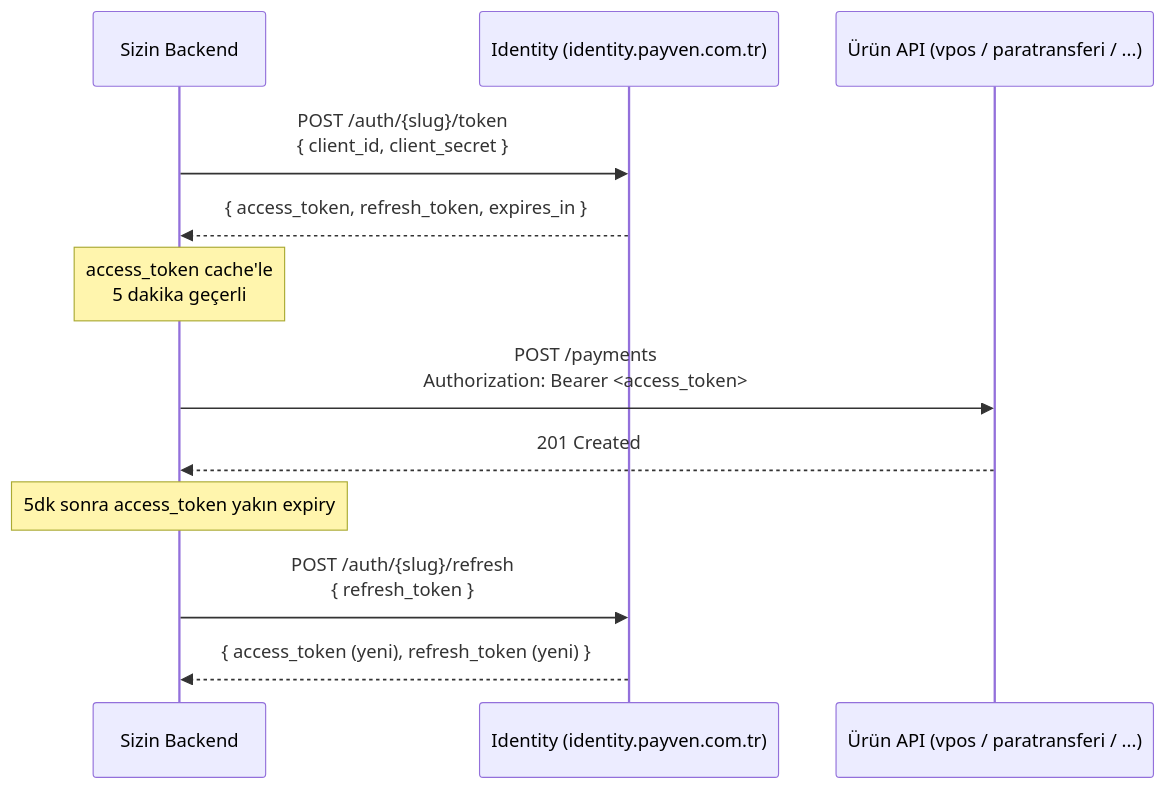
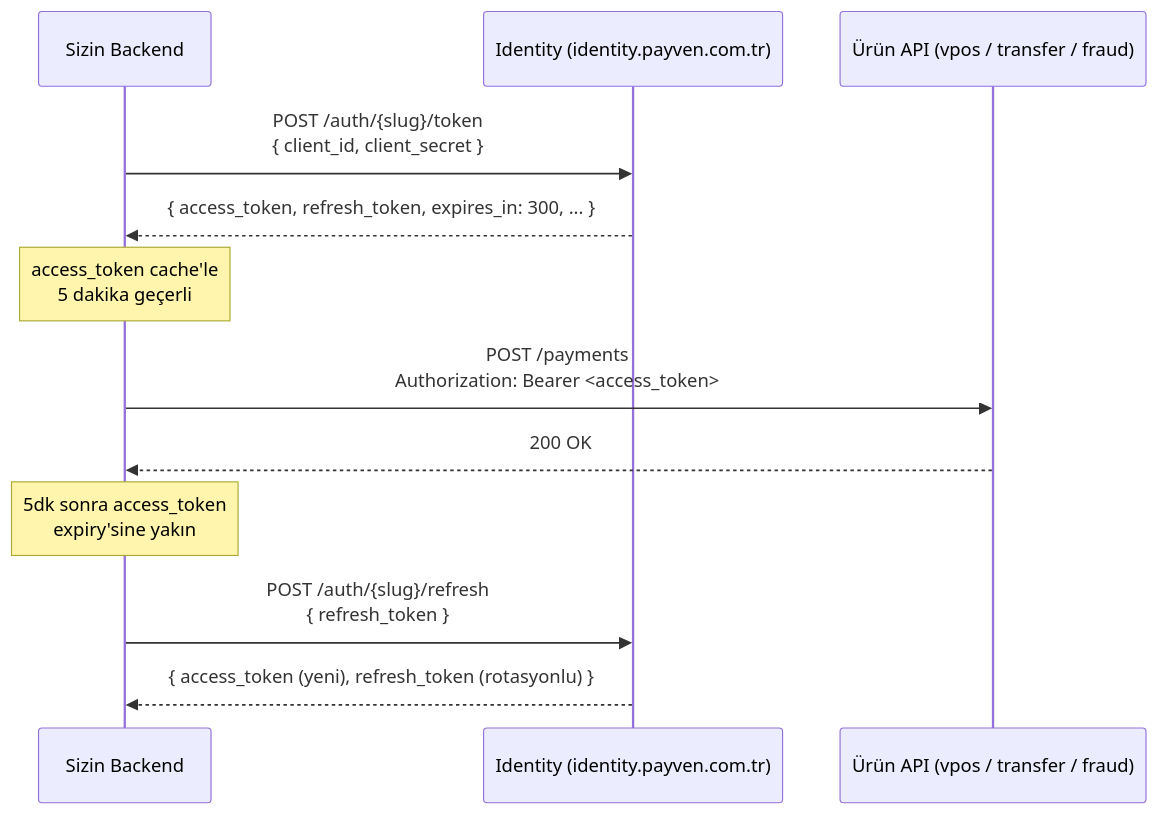
One commit to payment-pos/mintlify changed the diagram in documentation/concepts/authentication.mdx. Above: the diagram before and after it, drawn with Mermaid. The commit also changed other lines of this file and 45 other files, not shown here.

````diff
--- a/documentation/concepts/authentication.mdx
+++ b/documentation/concepts/authentication.mdx
@@ -17,17 +18,17 @@
 ```mermaid
 sequenceDiagram
     participant App as Sizin Backend
     participant Id as Identity (identity.payven.com.tr)
-    participant API as Ürün API (vpos / paratransferi / ...)
+    participant API as Ürün API (vpos / transfer / fraud)
 
     App->>Id: POST /auth/{slug}/token<br/>{ client_id, client_secret }
-    Id-->>App: { access_token, refresh_token, expires_in }
+    Id-->>App: { access_token, refresh_token, expires_in: 300, ... }
     Note over App: access_token cache'le<br/>5 dakika geçerli
 
     App->>API: POST /payments<br/>Authorization: Bearer <access_token>
-    API-->>App: 201 Created
+    API-->>App: 200 OK
 
-    Note over App: 5dk sonra access_token yakın expiry
+    Note over App: 5dk sonra access_token<br/>expiry'sine yakın
     App->>Id: POST /auth/{slug}/refresh<br/>{ refresh_token }
-    Id-->>App: { access_token (yeni), refresh_token (yeni) }
+    Id-->>App: { access_token (yeni), refresh_token (rotasyonlu) }
 ```
````
